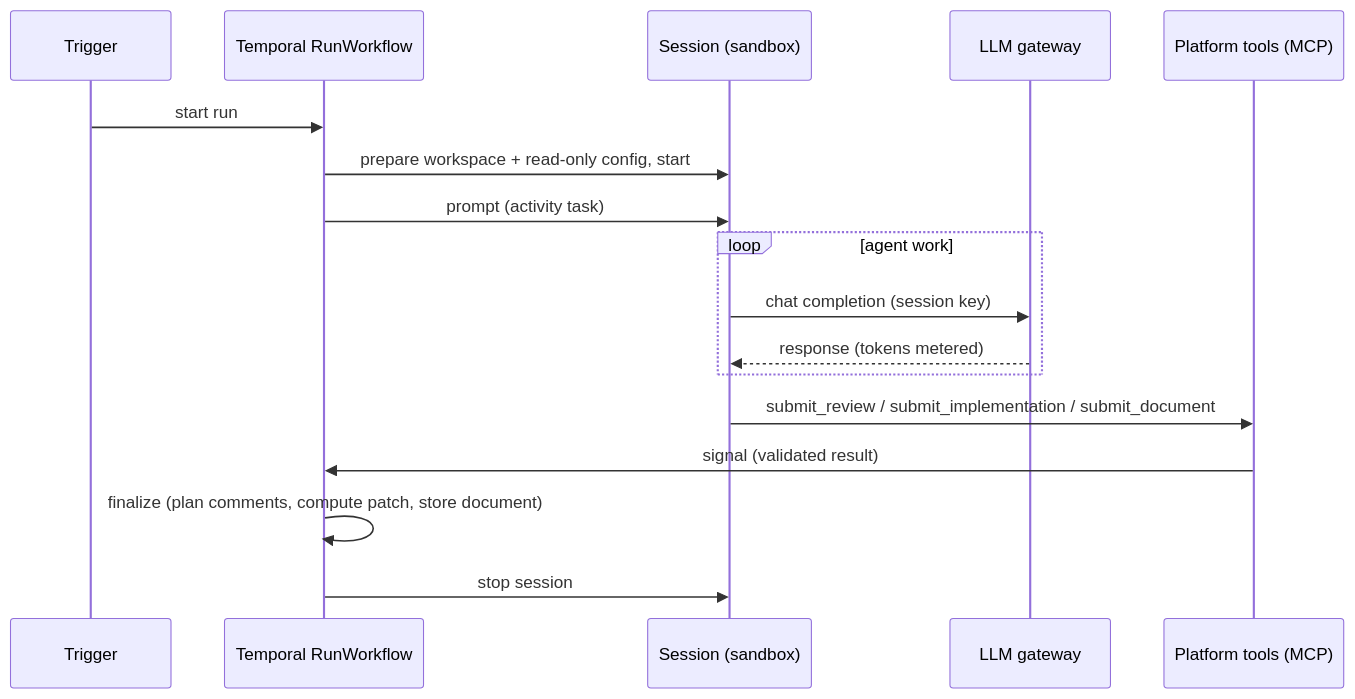
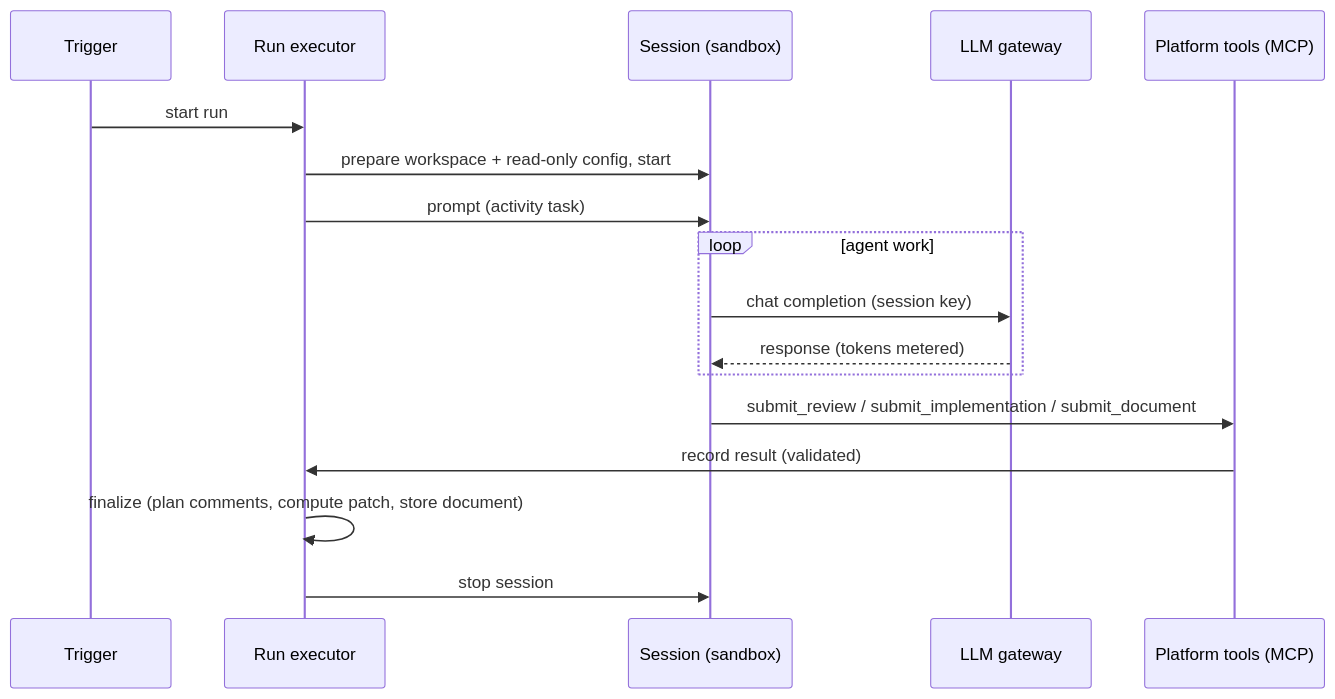
One commit to alpha-prosoft/opencode-manager changed the third of 4 diagrams in README.md. Above: the diagram before and after it, drawn with Mermaid. The commit also changed other lines of this file and 490 other files, not shown here.

````diff
--- a/README.md
+++ b/README.md
@@ -461,19 +469,19 @@
 ```mermaid
 sequenceDiagram
     participant T as Trigger
-    participant W as Temporal RunWorkflow
+    participant W as Run executor
     participant S as Session (sandbox)
     participant G as LLM gateway
     participant P as Platform tools (MCP)
     T->>W: start run
     W->>S: prepare workspace + read-only config, start
     W->>S: prompt (activity task)
     loop agent work
         S->>G: chat completion (session key)
         G-->>S: response (tokens metered)
     end
     S->>P: submit_review / submit_implementation / submit_document
-    P->>W: signal (validated result)
+    P->>W: record result (validated)
     W->>W: finalize (plan comments, compute patch, store document)
     W->>S: stop session
 ```
````
